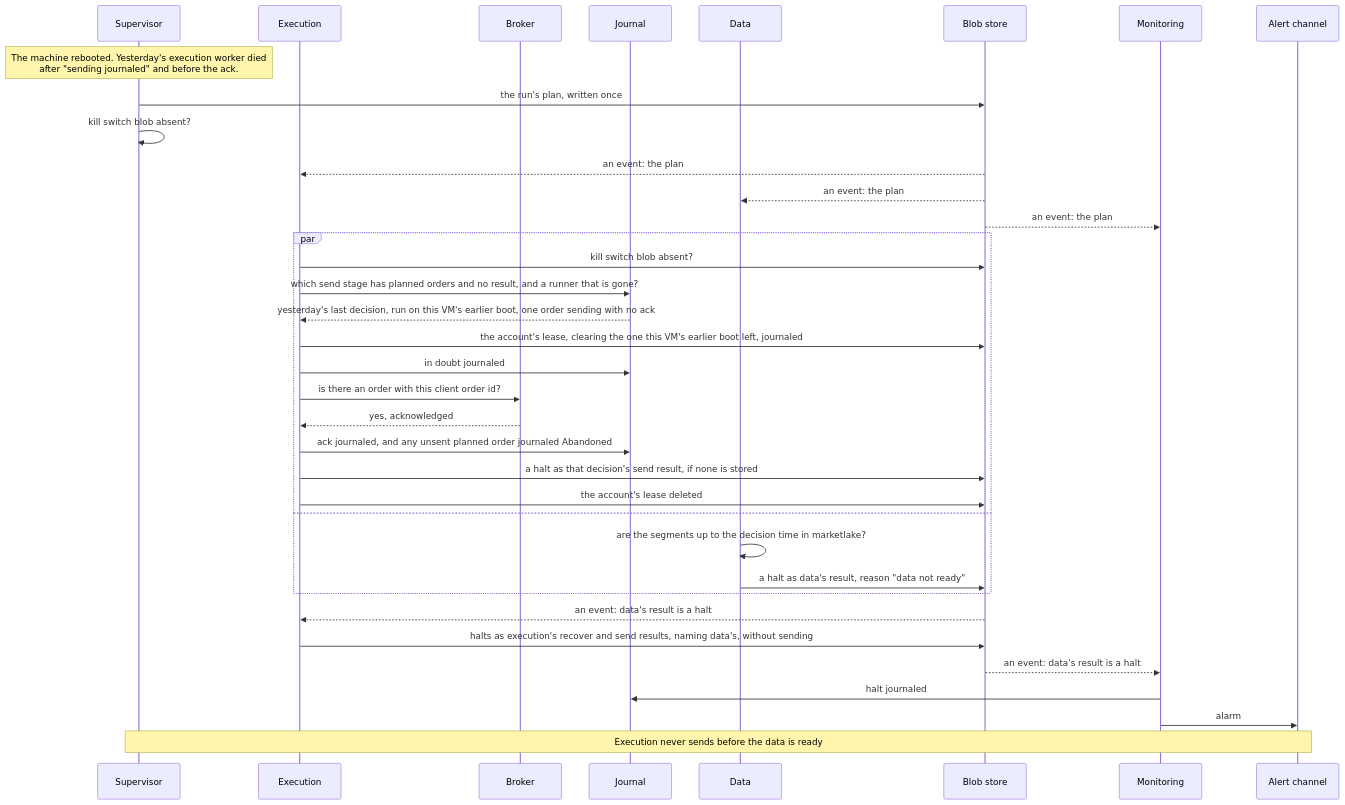
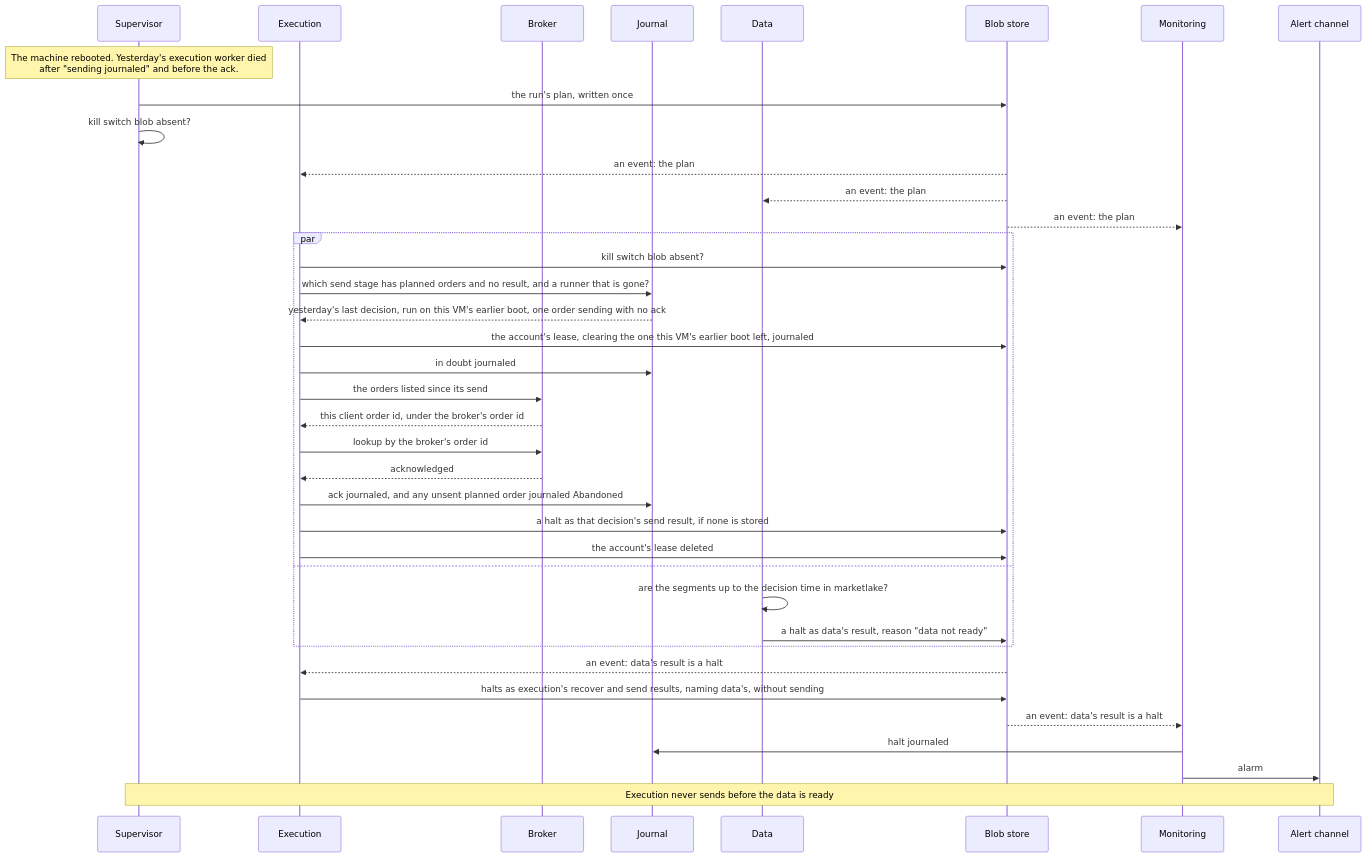
Diagram 22 of 34 in docs/architecture.md (l3a0/ithildin-runtime), drawn with Mermaid before and after one commit. The commit also changed other lines of this file and 1 other file, not shown here.

First line of the commit message:
docs: look every order up by the broker's id, never by client order id

````diff
--- a/docs/architecture.md
+++ b/docs/architecture.md
@@ -1226,39 +1239,41 @@
 ```mermaid
 sequenceDiagram
     participant V as Supervisor
     participant X as Execution
     participant B as Broker
     participant J as Journal
     participant D as Data
     participant F as Blob store
     participant M as Monitoring
     participant L as Alert channel
 
     Note over V: The machine rebooted. Yesterday's execution worker died<br/>after "sending journaled" and before the ack.
     V->>F: the run's plan, written once
     V->>V: kill switch blob absent?
     F-->>X: an event: the plan
     F-->>D: an event: the plan
     F-->>M: an event: the plan
     par
         X->>F: kill switch blob absent?
         X->>J: which send stage has planned orders and no result, and a runner that is gone?
         J-->>X: yesterday's last decision, run on this VM's earlier boot, one order sending with no ack
         X->>F: the account's lease, clearing the one this VM's earlier boot left, journaled
         X->>J: in doubt journaled
-        X->>B: is there an order with this client order id?
-        B-->>X: yes, acknowledged
+        X->>B: the orders listed since its send
+        B-->>X: this client order id, under the broker's order id
+        X->>B: lookup by the broker's order id
+        B-->>X: acknowledged
         X->>J: ack journaled, and any unsent planned order journaled Abandoned
         X->>F: a halt as that decision's send result, if none is stored
         X->>F: the account's lease deleted
     and
         D->>D: are the segments up to the decision time in marketlake?
         D->>F: a halt as data's result, reason "data not ready"
     end
     F-->>X: an event: data's result is a halt
     X->>F: halts as execution's recover and send results, naming data's, without sending
     F-->>M: an event: data's result is a halt
     M->>J: halt journaled
     M->>L: alarm
     Note over V,L: Execution never sends before the data is ready
 ```
````
